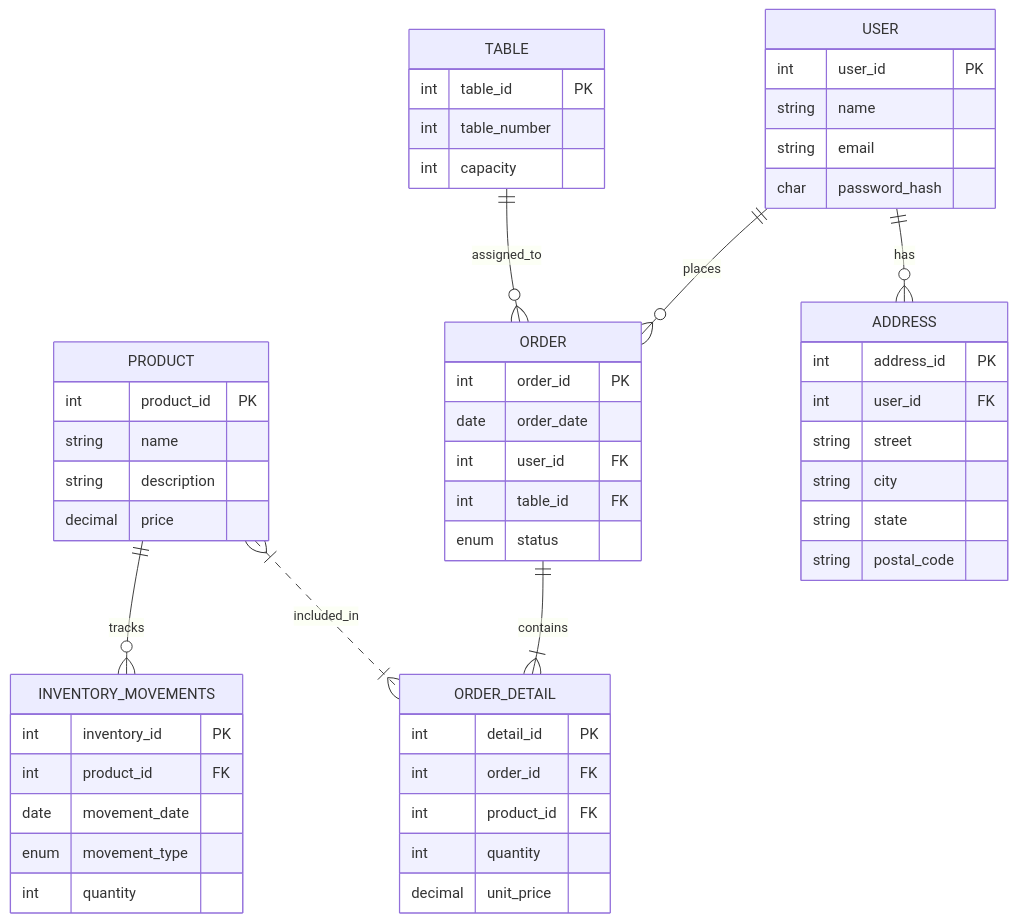
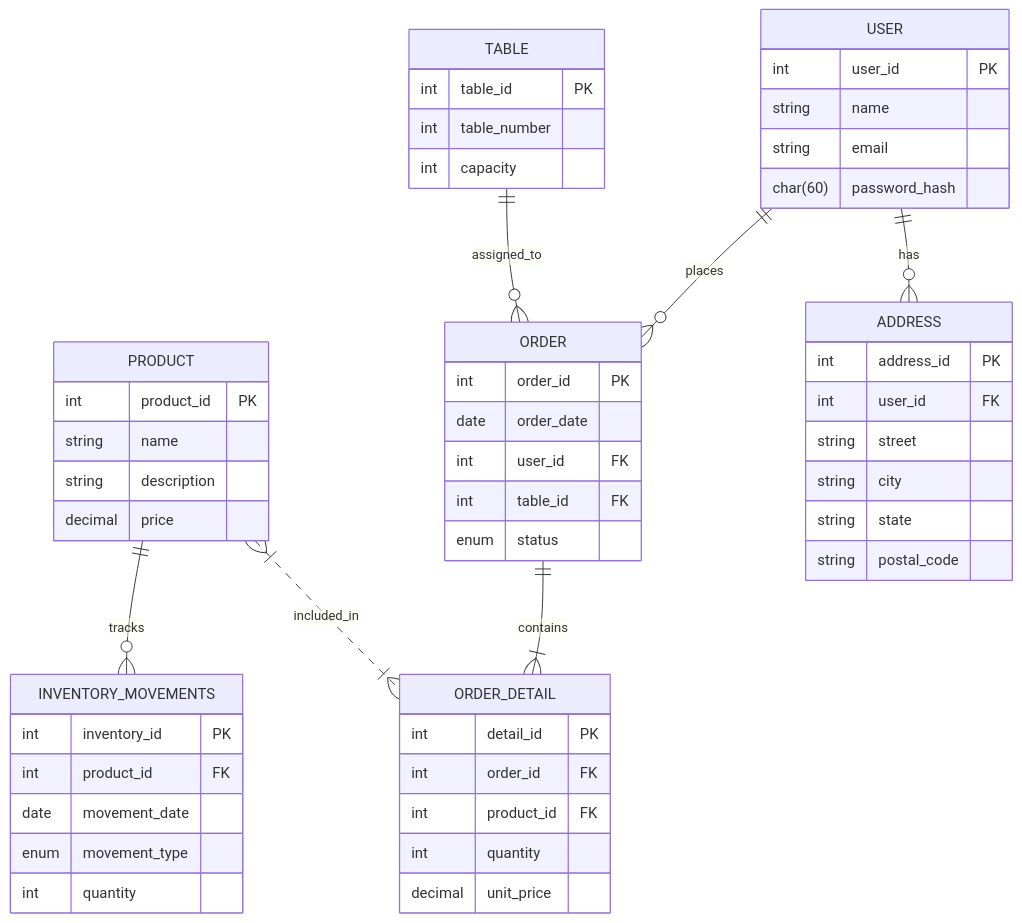
Before and after one commit to AndersonVazquezDelaluz/cbtis47-db-project-salchichasparrita-2026: the diagram in docs/erd_diagram.mmd, drawn with Mermaid.

```diff
--- a/docs/erd_diagram.mmd
+++ b/docs/erd_diagram.mmd
@@ -1,60 +1,60 @@
 erDiagram
     USER ||--o{ ORDER : places
     TABLE ||--o{ ORDER : assigned_to
     PRODUCT ||--o{ INVENTORY_MOVEMENTS:tracks
     ORDER ||--|{ ORDER_DETAIL : contains
     PRODUCT }|..|{  ORDER_DETAIL : included_in
     USER ||--o{ ADDRESS : has
     
 
     USER {
     int user_id PK
     string name
     string email
-    char password_hash
+    char(60) password_hash
     }
 
     ADDRESS {
         int address_id PK
         int user_id FK
         string street
         string city
         string state
         string postal_code
     }
 
     TABLE {
         int table_id PK
         int table_number
         int capacity
     }
 
     ORDER {
         int order_id PK
         date order_date
         int user_id FK
         int table_id FK
         enum status
     }
 
     ORDER_DETAIL {
         int detail_id PK
         int order_id FK
         int product_id FK
         int quantity
         decimal unit_price
     }
 
     PRODUCT {
         int product_id PK
         string name
         string description
         decimal price
     }
     INVENTORY_MOVEMENTS{
         int inventory_id PK
         int product_id FK
         date movement_date
         enum movement_type
         int quantity
     }
```
